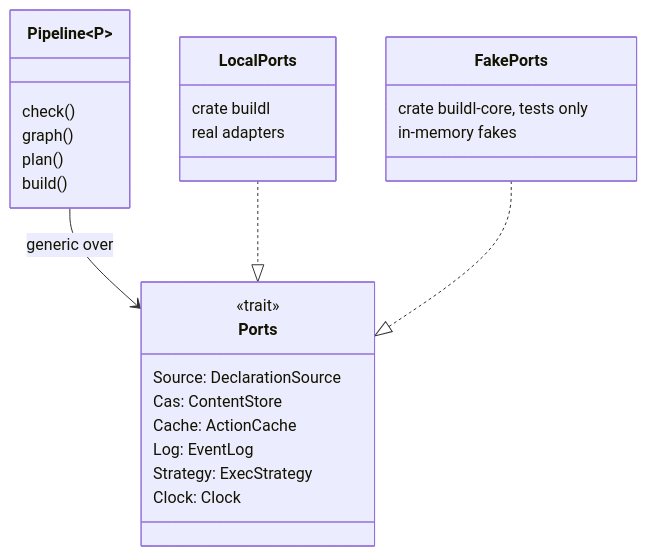
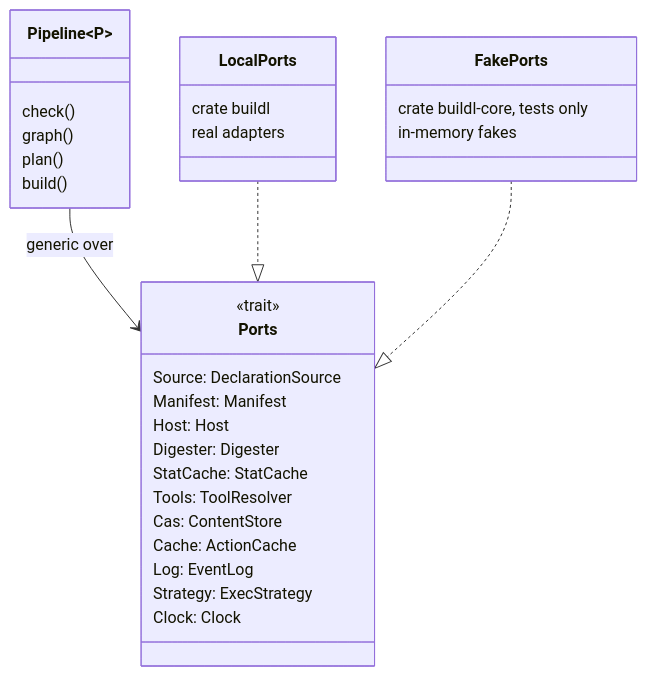
One commit to airsstack/buildl changed the fifth of 7 diagrams in docs/architecture-building-blocks.md. Above: the diagram before and after it, drawn with Mermaid. The commit also changed other lines of this file and 60 other files, not shown here.

````diff
--- a/docs/architecture-building-blocks.md
+++ b/docs/architecture-building-blocks.md
@@ -218,30 +256,35 @@
 ```mermaid
 %% C4 level 4 — the Ports bundle and its two implementations
 classDiagram
     class Pipeline~P~ {
         check()
         graph()
         plan()
         build()
     }
     class Ports {
         <<trait>>
         Source: DeclarationSource
+        Manifest: Manifest
+        Host: Host
+        Digester: Digester
+        StatCache: StatCache
+        Tools: ToolResolver
         Cas: ContentStore
         Cache: ActionCache
         Log: EventLog
         Strategy: ExecStrategy
         Clock: Clock
     }
     class LocalPorts {
         crate buildl
         real adapters
     }
     class FakePorts {
         crate buildl-core, tests only
         in-memory fakes
     }
     Pipeline --> Ports : generic over
     LocalPorts ..|> Ports
     FakePorts ..|> Ports
 ```
````
